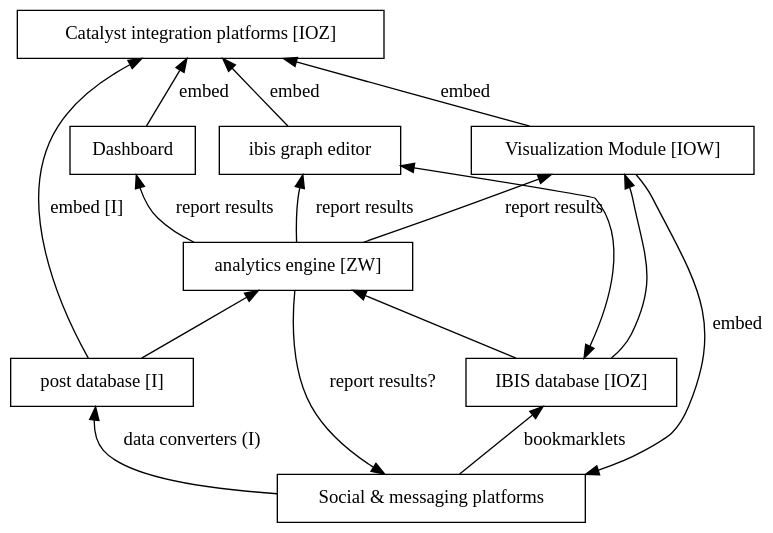
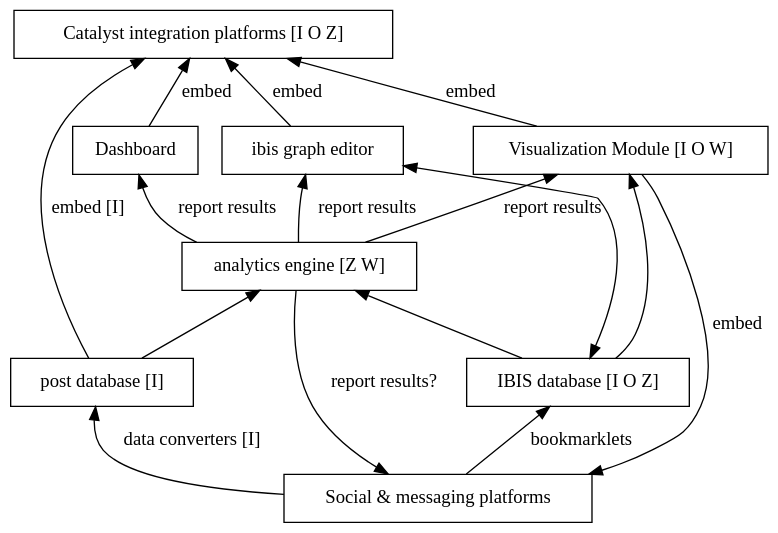
One commit to catalyst-fp7/documents changed the first of 10 diagrams in interoperability/interoperability.md. Above: the diagram before and after it, drawn with Graphviz. The commit also changed other lines of this file and 1 other file, not shown here.

````diff
--- a/interoperability/interoperability.md
+++ b/interoperability/interoperability.md
@@ -28,29 +28,29 @@
 ```graphviz
 digraph g {
     graph [bgcolor="transparent", rankdir="BT"] ;
     node [fillcolor=white, style=filled,  shape=rectangle];
     comm [label="Social & messaging platforms"];
     dash [label="Dashboard"];
-    plat [label="Catalyst integration platforms [IOZ]"];
-    viz [label="Visualization Module [IOW]"];
-    ibisdb [label="IBIS database [IOZ]"];
+    plat [label="Catalyst integration platforms [I O Z]"];
+    viz [label="Visualization Module [I O W]"];
+    ibisdb [label="IBIS database [I O Z]"];
     postdb [label="post database [I]"];
-    analytics [label="analytics engine [ZW]"];
+    analytics [label="analytics engine [Z W]"];
     gred [label="ibis graph editor"];
     comm->ibisdb [label="bookmarklets"];
-    comm->postdb [label="data converters (I)"];
+    comm->postdb [label="data converters [I]"];
     viz->comm [label="embed"];
     gred->plat [label="embed"];
     viz->plat [label="embed"];
     dash->plat [label="embed"];
     analytics->dash [label="report results"];
     analytics->comm [label="report results?"];
     analytics->viz [label="report results"];
     analytics->gred [label="report results"];
     ibisdb->viz;
     ibisdb->gred [dir=both];
     ibisdb->analytics;
     postdb->analytics;
     postdb->plat [label="embed [I]"];
 }
 ```
````
